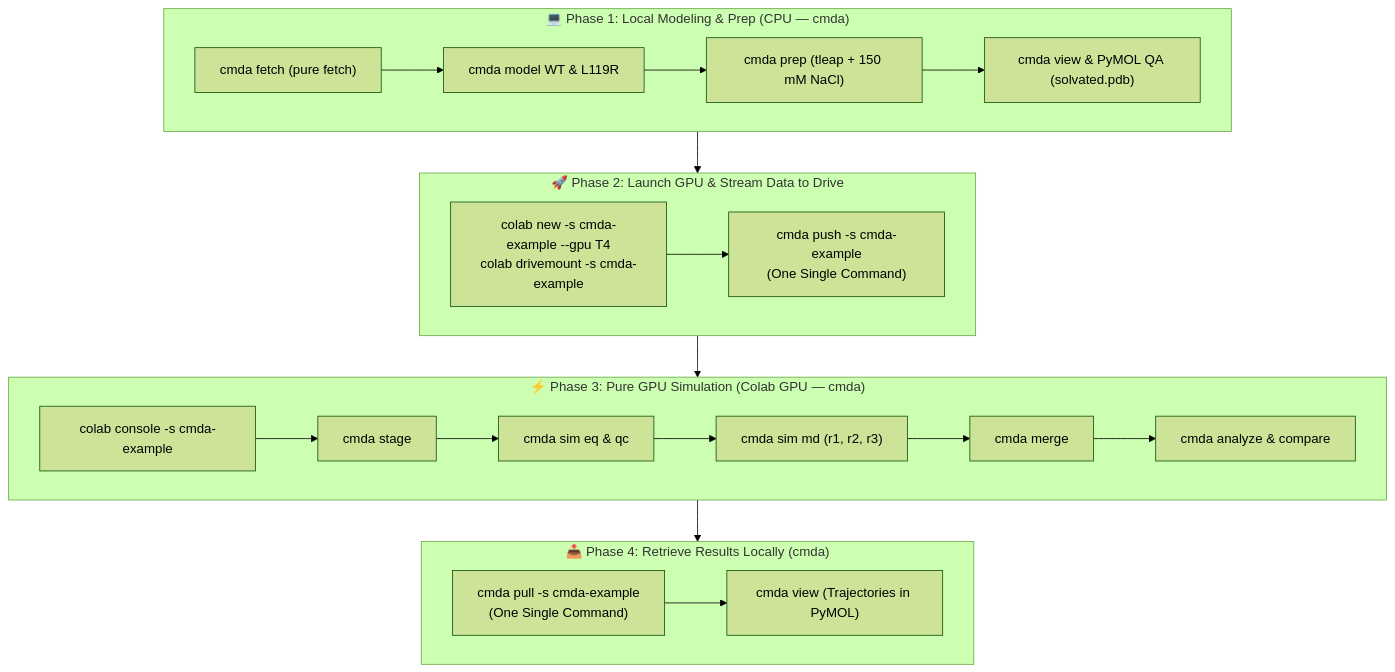
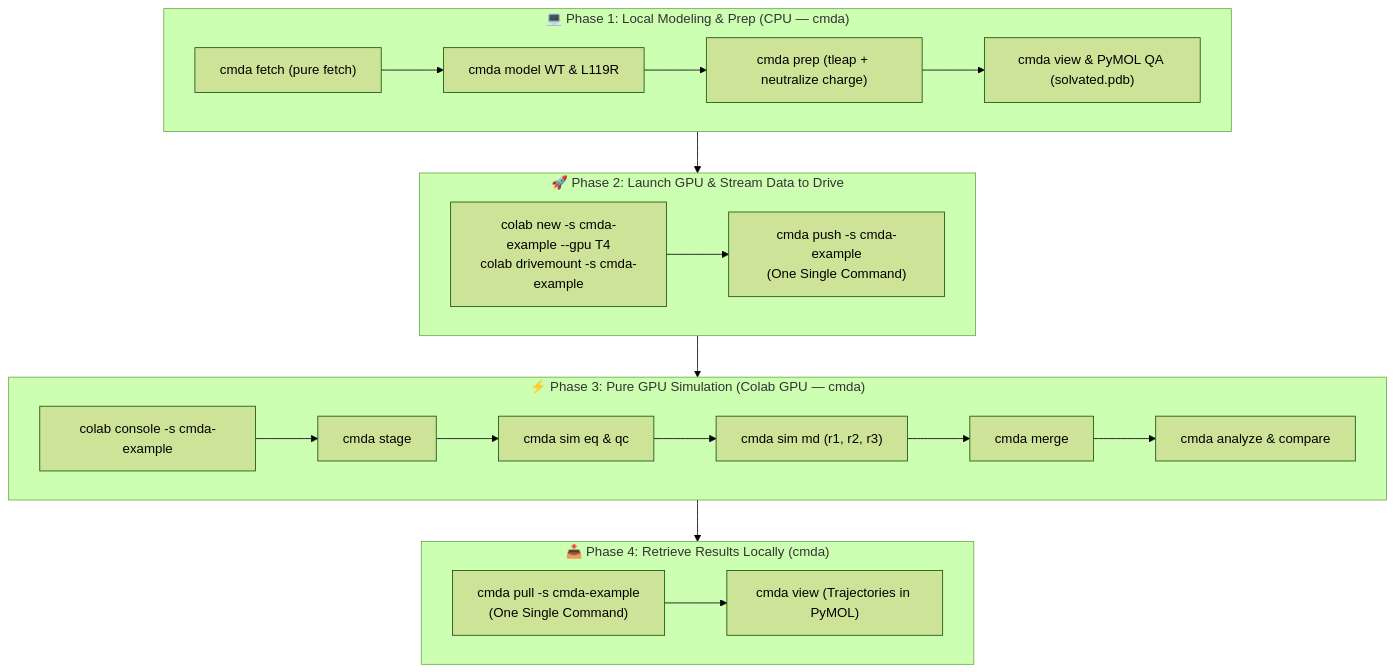
The second of 2 diagrams in README.md (paulshamrat/ColabMDA), drawn with Mermaid (forest theme) before and after one commit. The commit also changed other lines of this file and 5 other files, not shown here.

````diff
--- a/README.md
+++ b/README.md
@@ -158,26 +156,26 @@
 ```mermaid
 flowchart TD
     subgraph P1 ["💻 Phase 1: Local Modeling & Prep (CPU — cmda)"]
         F["cmda fetch (pure fetch)"] --> M["cmda model WT & L119R"]
-        M --> PR["cmda prep (tleap + 150 mM NaCl)"]
+        M --> PR["cmda prep (tleap + neutralize charge)"]
         PR --> V["cmda view & PyMOL QA (solvated.pdb)"]
     end
     subgraph P2 ["🚀 Phase 2: Launch GPU & Stream Data to Drive"]
         L["colab new -s cmda-example --gpu T4<br/>colab drivemount -s cmda-example"] --> P["cmda push -s cmda-example<br/>(One Single Command)"]
     end
     subgraph P3 ["⚡ Phase 3: Pure GPU Simulation (Colab GPU — cmda)"]
         C["colab console -s cmda-example"] --> ST["cmda stage"]
         ST --> EQ["cmda sim eq & qc"]
         EQ --> MD["cmda sim md (r1, r2, r3)"]
         MD --> MR["cmda merge"]
         MR --> AN["cmda analyze & compare"]
     end
     subgraph P4 ["📥 Phase 4: Retrieve Results Locally (cmda)"]
         DL["cmda pull -s cmda-example<br/>(One Single Command)"]
         DL --> VW["cmda view (Trajectories in PyMOL)"]
     end
 
     P1 --> P2
     P2 --> P3
     P3 --> P4
 ```
````
